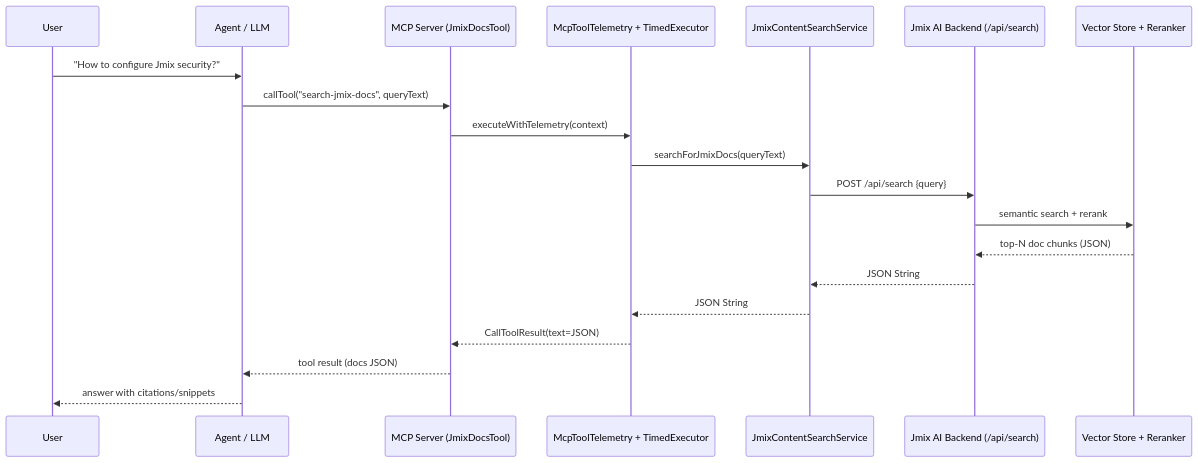
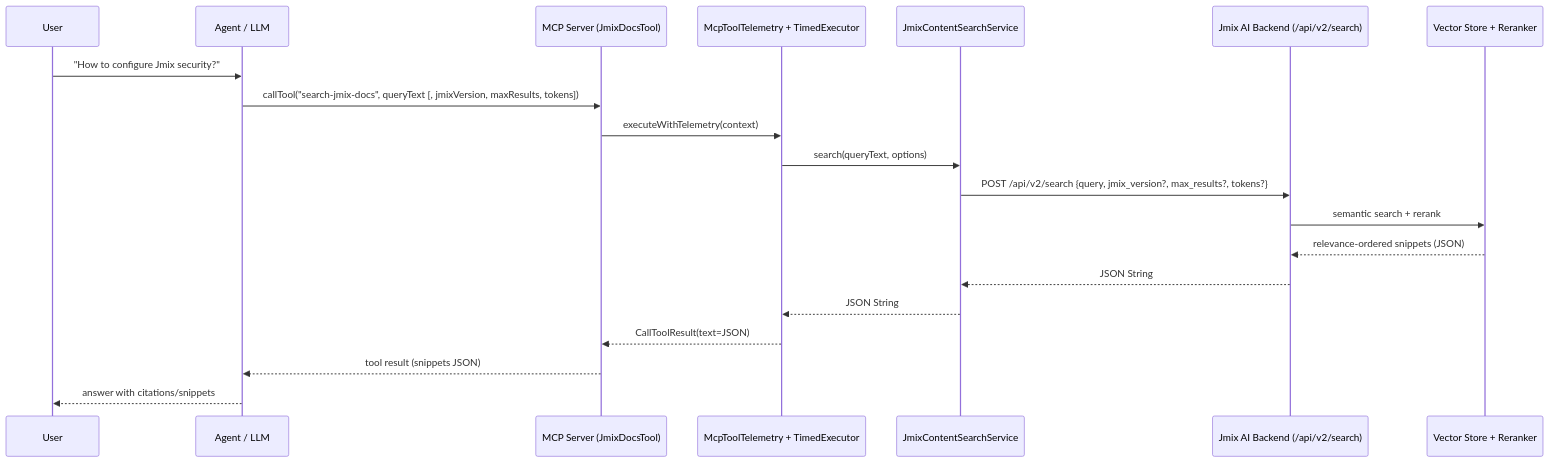
One commit to jmix-framework/jmix-mcp-docs changed the diagram in README.md. Above: the diagram before and after it, drawn with Mermaid. The commit also changed other lines of this file and 11 other files, not shown here.

First line of the commit message:
Migrate search to backend /api/v2/search

````diff
--- a/README.md
+++ b/README.md
@@ -11,24 +12,24 @@
 ```mermaid
 sequenceDiagram
     participant U as User
     participant A as Agent / LLM
     participant MCP as MCP Server (JmixDocsTool)
     participant Telemetry as McpToolTelemetry + TimedExecutor
     participant SearchSvc as JmixContentSearchService
-    participant Backend as Jmix AI Backend (/api/search)
+    participant Backend as Jmix AI Backend (/api/v2/search)
     participant VS as Vector Store + Reranker
 
     U->>A: "How to configure Jmix security?"
-    A->>MCP: callTool("search-jmix-docs", queryText)
+    A->>MCP: callTool("search-jmix-docs", queryText [, jmixVersion, maxResults, tokens])
     MCP->>Telemetry: executeWithTelemetry(context)
-    Telemetry->>SearchSvc: searchForJmixDocs(queryText)
-    SearchSvc->>Backend: POST /api/search {query}
+    Telemetry->>SearchSvc: search(queryText, options)
+    SearchSvc->>Backend: POST /api/v2/search {query, jmix_version?, max_results?, tokens?}
     Backend->>VS: semantic search + rerank
-    VS-->>Backend: top-N doc chunks (JSON)
+    VS-->>Backend: relevance-ordered snippets (JSON)
     Backend-->>SearchSvc: JSON String
     SearchSvc-->>Telemetry: JSON String
     Telemetry-->>MCP: CallToolResult(text=JSON)
-    MCP-->>A: tool result (docs JSON)
+    MCP-->>A: tool result (snippets JSON)
     A-->>U: answer with citations/snippets
 
 ```
````
